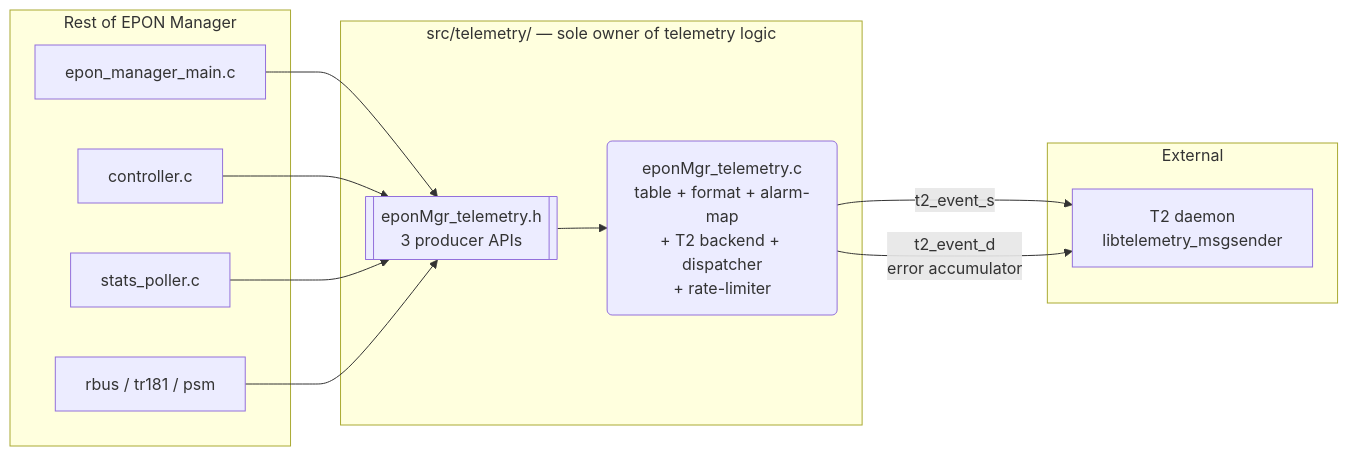
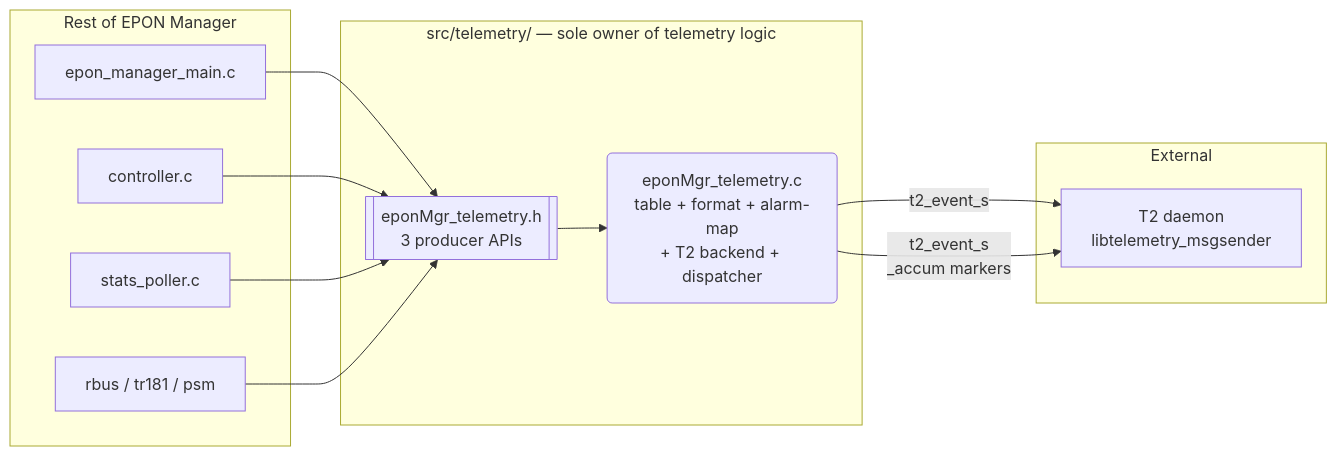
Before and after one commit to rdkcentral/epon-manager: the first of 7 diagrams in design_docs/07_Telemetry_Design.md, drawn with Mermaid. The commit also changed other lines of this file and 1 other file, not shown here.

First line of the commit message:
telemetry: use _accum suffix for error markers instead of internal rate-limiting

````diff
--- a/design_docs/07_Telemetry_Design.md
+++ b/design_docs/07_Telemetry_Design.md
@@ -131,27 +132,27 @@
 ```mermaid
 flowchart LR
     subgraph caller [Rest of EPON Manager]
         MAIN[epon_manager_main.c]
         CTRL[controller.c]
         SP[stats_poller.c]
         RB[rbus / tr181 / psm]
     end
 
     subgraph telem [src/telemetry/  — sole owner of telemetry logic]
         API[[eponMgr_telemetry.h\n3 producer APIs]]
-        TELEM(eponMgr_telemetry.c\ntable + format + alarm-map\n+ T2 backend + dispatcher\n+ rate-limiter)
+        TELEM(eponMgr_telemetry.c\ntable + format + alarm-map\n+ T2 backend + dispatcher)
     end
 
     subgraph ext [External]
         T2[T2 daemon\nlibtelemetry_msgsender]
     end
 
     MAIN --> API
     CTRL --> API
     SP   --> API
     RB   --> API
 
     API --> TELEM
     TELEM -->|t2_event_s| T2
-    TELEM -->|t2_event_d\nerror accumulator| T2
+    TELEM -->|t2_event_s\n_accum markers| T2
 ```
````
